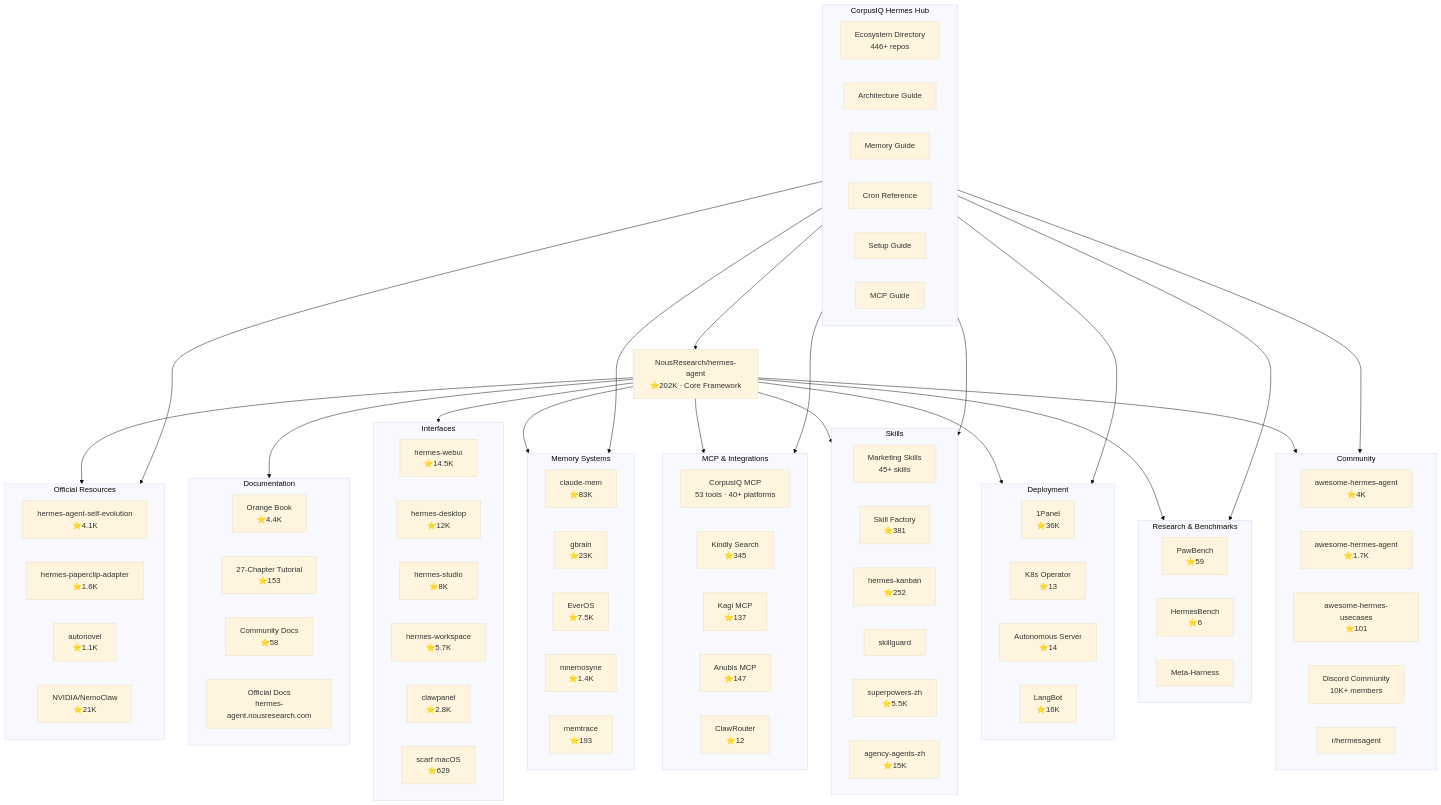
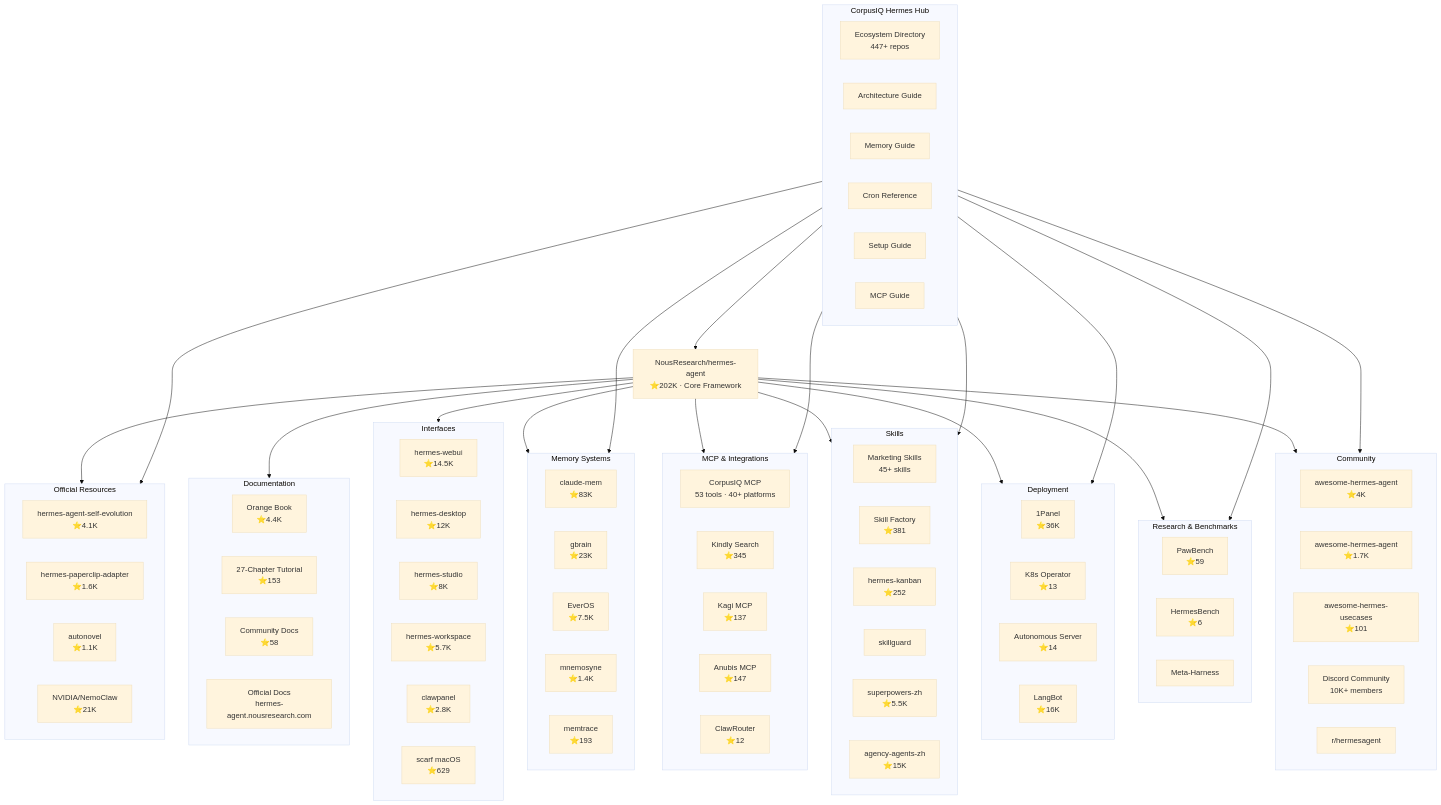
The first of 4 diagrams in hermes/ecosystem-map.md (CorpusIQ/corpusiq-docs), drawn with Mermaid (base theme) before and after one commit. The commit also changed other lines of this file and 43 other files, not shown here.

Commit message:
ecosystem: nightly discovery update - 18 new repos, 1 auto-approved (codeofaxel/Kiln, 230 stars)

```diff
--- a/hermes/ecosystem-map.md
+++ b/hermes/ecosystem-map.md
@@ -88,7 +88,7 @@
     end
 
     subgraph CORPUSIQ_HUB[CorpusIQ Hermes Hub]
-        ECOSYSTEM[Ecosystem Directory<br/>446+ repos]
+        ECOSYSTEM[Ecosystem Directory<br/>447+ repos]
         ARCHITECTURE[Architecture Guide]
         KNOWLEDGE[Memory Guide]
         CRONS[Cron Reference]
```
